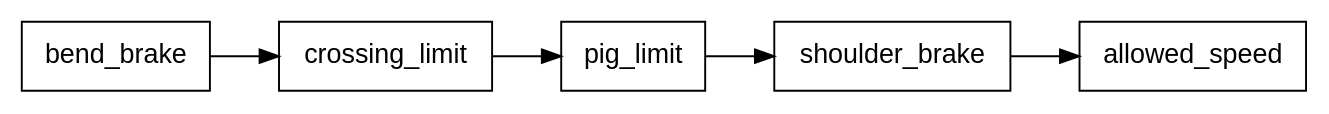
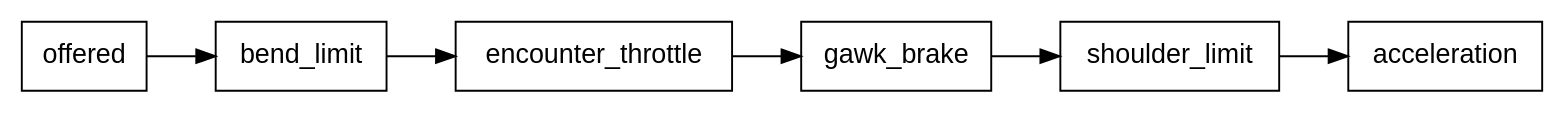
Before and after one commit to showell/roc-apps: diagram 18 of 30 in canvas_apps/safari/tutorial/tutorial.md, drawn with Graphviz. The commit also changed other lines of this file, not shown here.

Commit message:
tutorial: the rider, the bike and the throttle, rewritten for today's code

````diff
--- a/canvas_apps/safari/tutorial/tutorial.md
+++ b/canvas_apps/safari/tutorial/tutorial.md
@@ -1738,8 +1740,7 @@
 ```dot
 digraph limits {
   rankdir=LR;
   node [shape=box, fontname="Helvetica"];
-  bend_brake -> crossing_limit -> pig_limit -> shoulder_brake;
-  shoulder_brake -> allowed_speed;
+  offered -> bend_limit -> encounter_throttle -> gawk_brake -> shoulder_limit -> acceleration;
 }
 ```
````
